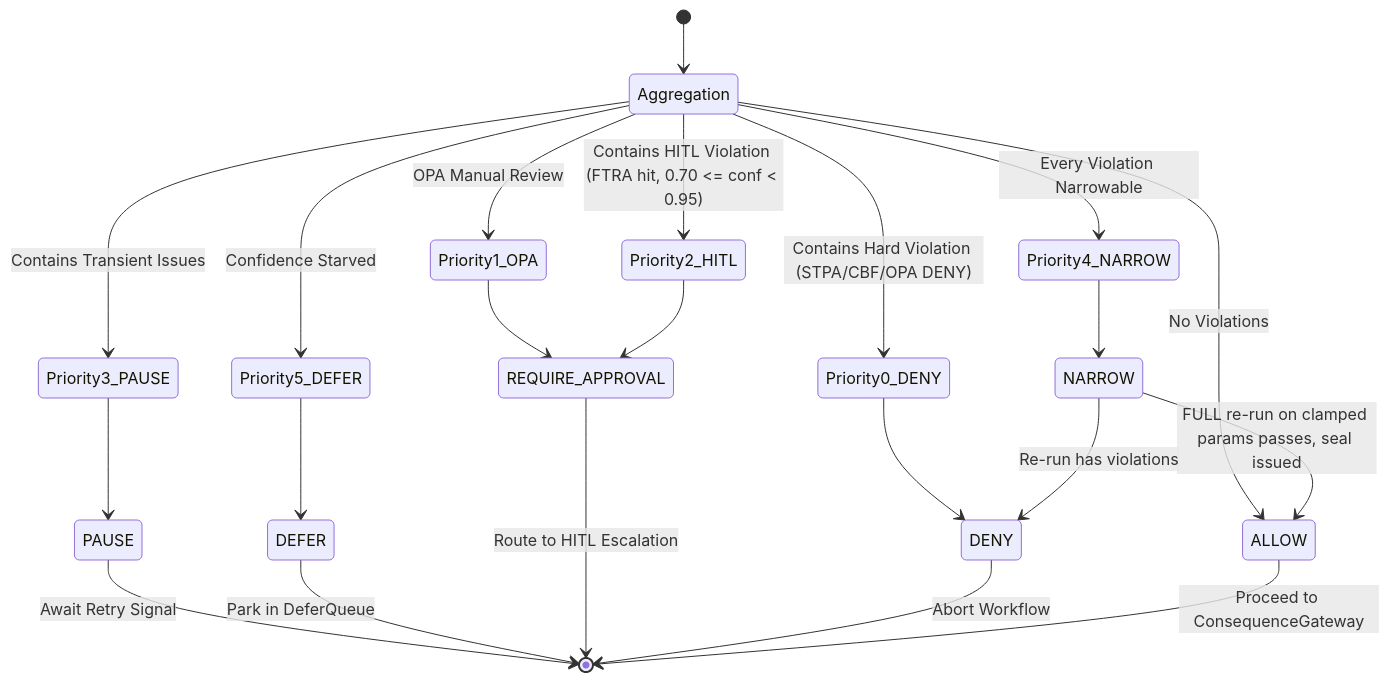
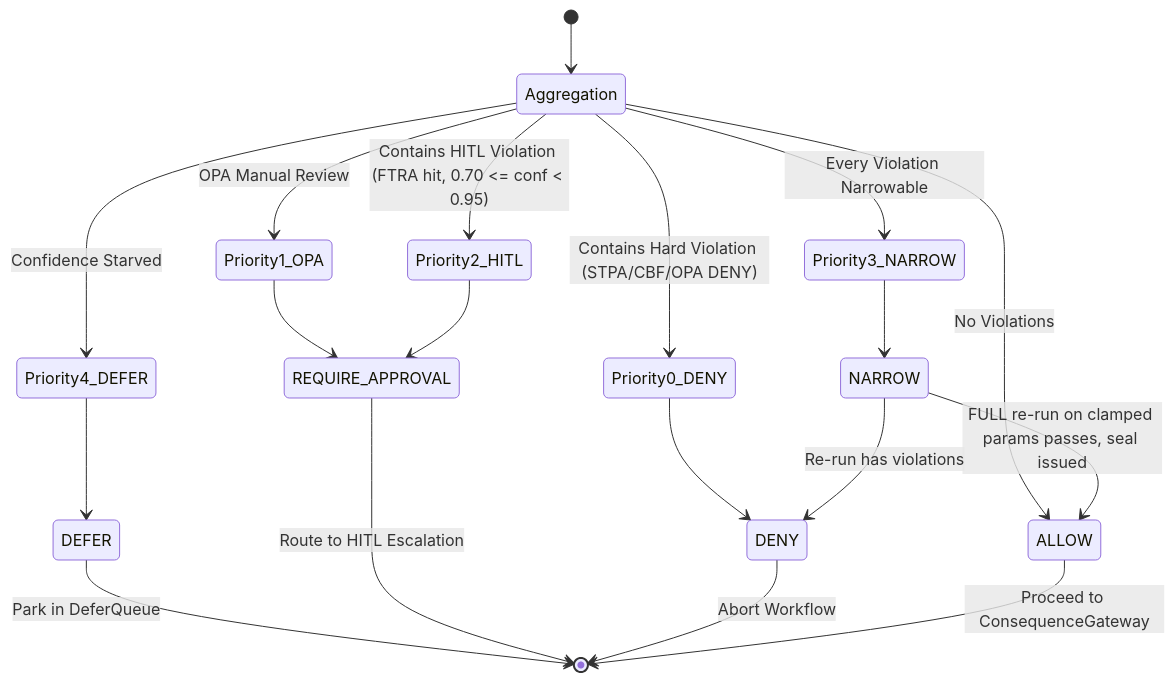
One commit to google/cybernetic-agent-governance-engine changed the diagram in docs/architecture/SYMBOLIC_GOVERNOR_RUNTIME.md. Above: the diagram before and after it, drawn with Mermaid. The commit also changed other lines of this file and 83 other files, not shown here.

````diff
--- a/docs/architecture/SYMBOLIC_GOVERNOR_RUNTIME.md
+++ b/docs/architecture/SYMBOLIC_GOVERNOR_RUNTIME.md
@@ -27,26 +27,23 @@
 ```mermaid
 stateDiagram-v2
     [*] --> Aggregation
     Aggregation --> Priority0_DENY: Contains Hard Violation (STPA/CBF/OPA DENY)
     Aggregation --> Priority1_OPA: OPA Manual Review
     Aggregation --> Priority2_HITL: Contains HITL Violation (FTRA hit, 0.70 <= conf < 0.95)
-    Aggregation --> Priority3_PAUSE: Contains Transient Issues
-    Aggregation --> Priority4_NARROW: Every Violation Narrowable
-    Aggregation --> Priority5_DEFER: Confidence Starved
+    Aggregation --> Priority3_NARROW: Every Violation Narrowable
+    Aggregation --> Priority4_DEFER: Confidence Starved
     Aggregation --> ALLOW: No Violations
 
     Priority0_DENY --> DENY
     Priority1_OPA --> REQUIRE_APPROVAL
     Priority2_HITL --> REQUIRE_APPROVAL
-    Priority3_PAUSE --> PAUSE
-    Priority4_NARROW --> NARROW
-    Priority5_DEFER --> DEFER
+    Priority3_NARROW --> NARROW
+    Priority4_DEFER --> DEFER
 
-    PAUSE --> [*]: Await Retry Signal
     DEFER --> [*]: Park in DeferQueue
     REQUIRE_APPROVAL --> [*]: Route to HITL Escalation
     DENY --> [*]: Abort Workflow
     NARROW --> ALLOW: FULL re-run on clamped params passes, seal issued
     NARROW --> DENY: Re-run has violations
     ALLOW --> [*]: Proceed to ConsequenceGateway
 ```
````
